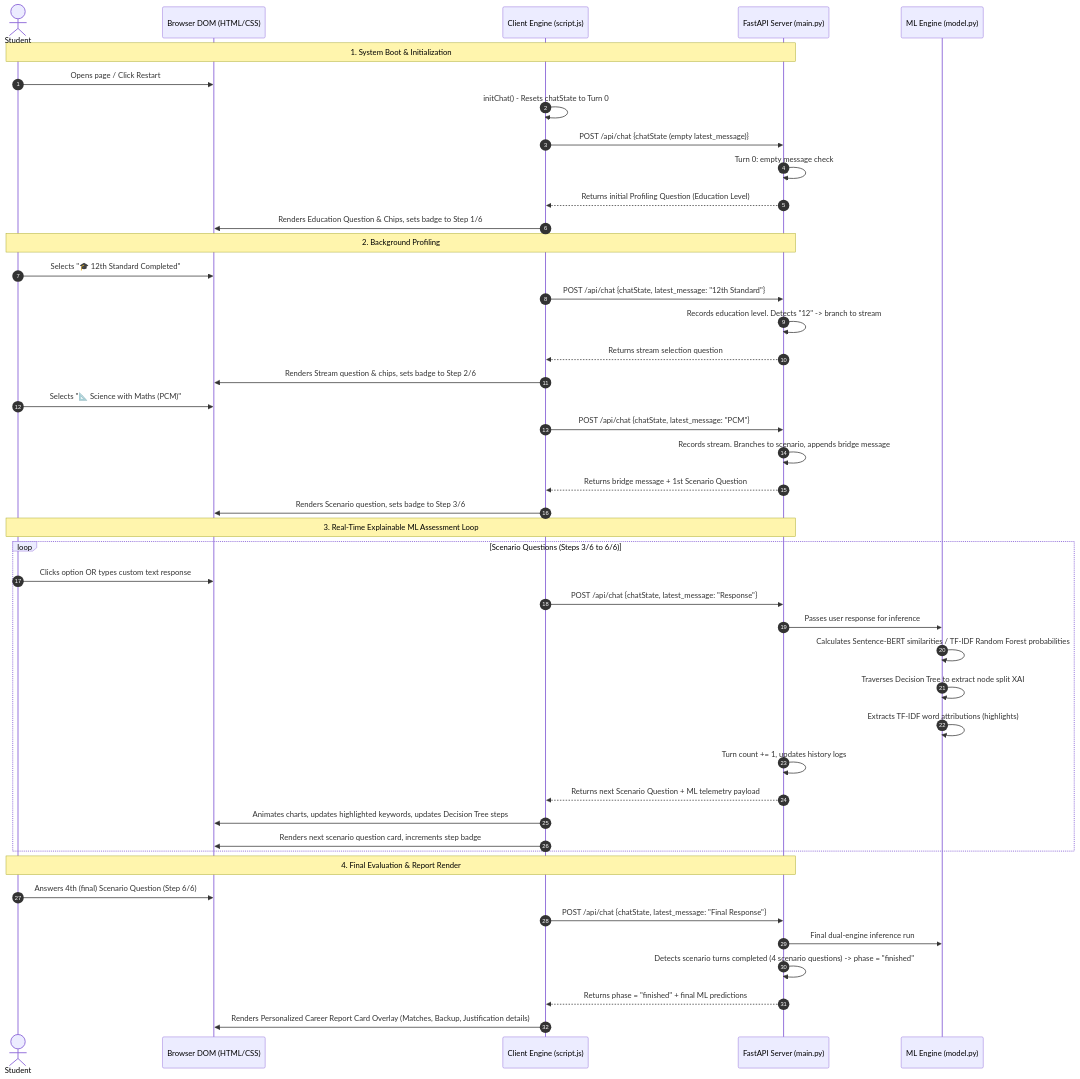
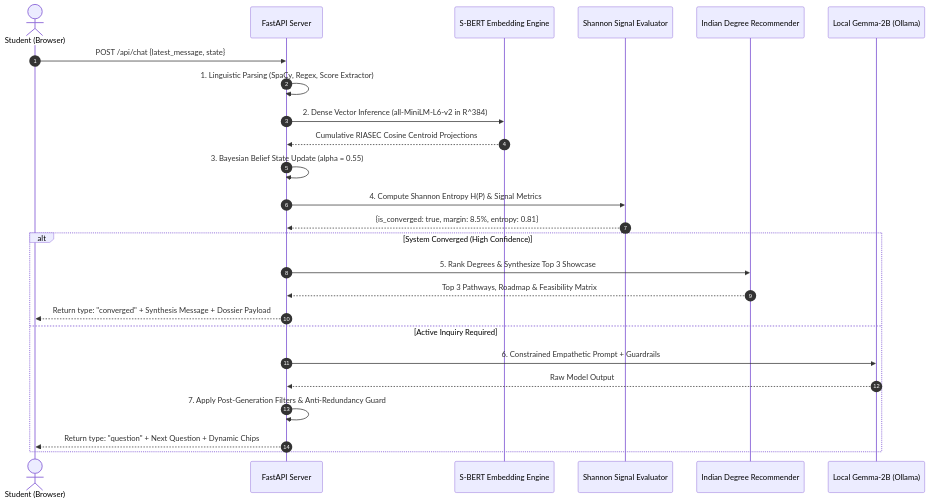
Before and after one commit to Dhruv-D-18/CareerSaathi: the second of 2 diagrams in docs/architecture.md, drawn with Mermaid. The commit also changed other lines of this file and 16 other files, not shown here.

Commit message:
feat(dialogue, recommender, docs): harden dialogue guardrails, streamline 4-turn convergence, sync dossier UX & add technical documentation suite

````diff
--- a/docs/architecture.md
+++ b/docs/architecture.md
@@ -53,52 +152,29 @@
 ```mermaid
 sequenceDiagram
     autonumber
-    actor Student as Student
-    participant UI as Browser DOM (HTML/CSS)
-    participant Client as Client Engine (script.js)
-    participant Server as FastAPI Server (main.py)
-    participant Model as ML Engine (model.py)
+    actor Student as Student (Browser)
+    participant Server as FastAPI Server
+    participant SBERT as S-BERT Embedding Engine
+    participant Signal as Shannon Signal Evaluator
+    participant Recommender as Indian Degree Recommender
+    participant Gemma as Local Gemma-2B (Ollama)
 
-    Note over Student, Server: 1. System Boot & Initialization
-    Student->>UI: Opens page / Click Restart
-    Client->>Client: initChat() - Resets chatState to Turn 0
-    Client->>Server: POST /api/chat {chatState (empty latest_message)}
-    Server->>Server: Turn 0: empty message check
-    Server-->>Client: Returns initial Profiling Question (Education Level)
-    Client->>UI: Renders Education Question & Chips, sets badge to Step 1/6
+    Student->>Server: POST /api/chat {latest_message, state}
+    Server->>Server: 1. Linguistic Parsing (SpaCy, Regex, Score Extractor)
+    Server->>SBERT: 2. Dense Vector Inference (all-MiniLM-L6-v2 in R^384)
+    SBERT-->>Server: Cumulative RIASEC Cosine Centroid Projections
+    Server->>Server: 3. Bayesian Belief State Update (alpha = 0.55)
+    Server->>Signal: 4. Compute Shannon Entropy H(P) & Signal Metrics
+    Signal-->>Server: {is_converged: true, margin: 8.5%, entropy: 0.81}
 
-    Note over Student, Server: 2. Background Profiling
-    Student->>UI: Selects "🎓 12th Standard Completed"
-    Client->>Server: POST /api/chat {chatState, latest_message: "12th Standard"}
-    Server->>Server: Records education level. Detects "12" -> branch to stream
-    Server-->>Client: Returns stream selection question
-    Client->>UI: Renders Stream question & chips, sets badge to Step 2/6
-
-    Student->>UI: Selects "📐 Science with Maths (PCM)"
-    Client->>Server: POST /api/chat {chatState, latest_message: "PCM"}
-    Server->>Server: Records stream. Branches to scenario, appends bridge message
-    Server-->>Client: Returns bridge message + 1st Scenario Question
-    Client->>UI: Renders Scenario question, sets badge to Step 3/6
-
-    Note over Student, Server: 3. Real-Time Explainable ML Assessment Loop
-    loop Scenario Questions (Steps 3/6 to 6/6)
-        Student->>UI: Clicks option OR types custom text response
-        Client->>Server: POST /api/chat {chatState, latest_message: "Response"}
-        Server->>Model: Passes user response for inference
-        Model->>Model: Calculates Sentence-BERT similarities / TF-IDF Random Forest probabilities
-        Model->>Model: Traverses Decision Tree to extract node split XAI
-        Model->>Model: Extracts TF-IDF word attributions (highlights)
-        Server->>Server: Turn count += 1, updates history logs
-        Server-->>Client: Returns next Scenario Question + ML telemetry payload
-        Client->>UI: Animates charts, updates highlighted keywords, updates Decision Tree steps
-        Client->>UI: Renders next scenario question card, increments step badge
+    alt System Converged (High Confidence)
+        Server->>Recommender: 5. Rank Degrees & Synthesize Top 3 Showcase
+        Recommender-->>Server: Top 3 Pathways, Roadmap & Feasibility Matrix
+        Server-->>Student: Return type: "converged" + Synthesis Message + Dossier Payload
+    else Active Inquiry Required
+        Server->>Gemma: 6. Constrained Empathetic Prompt + Guardrails
+        Gemma-->>Server: Raw Model Output
+        Server->>Server: 7. Apply Post-Generation Filters & Anti-Redundancy Guard
+        Server-->>Student: Return type: "question" + Next Question + Dynamic Chips
     end
-
-    Note over Student, Server: 4. Final Evaluation & Report Render
-    Student->>UI: Answers 4th (final) Scenario Question (Step 6/6)
-    Client->>Server: POST /api/chat {chatState, latest_message: "Final Response"}
-    Server->>Model: Final dual-engine inference run
-    Server->>Server: Detects scenario turns completed (4 scenario questions) -> phase = "finished"
-    Server-->>Client: Returns phase = "finished" + final ML predictions
-    Client->>UI: Renders Personalized Career Report Card Overlay (Matches, Backup, Justification details)
 ```
````
